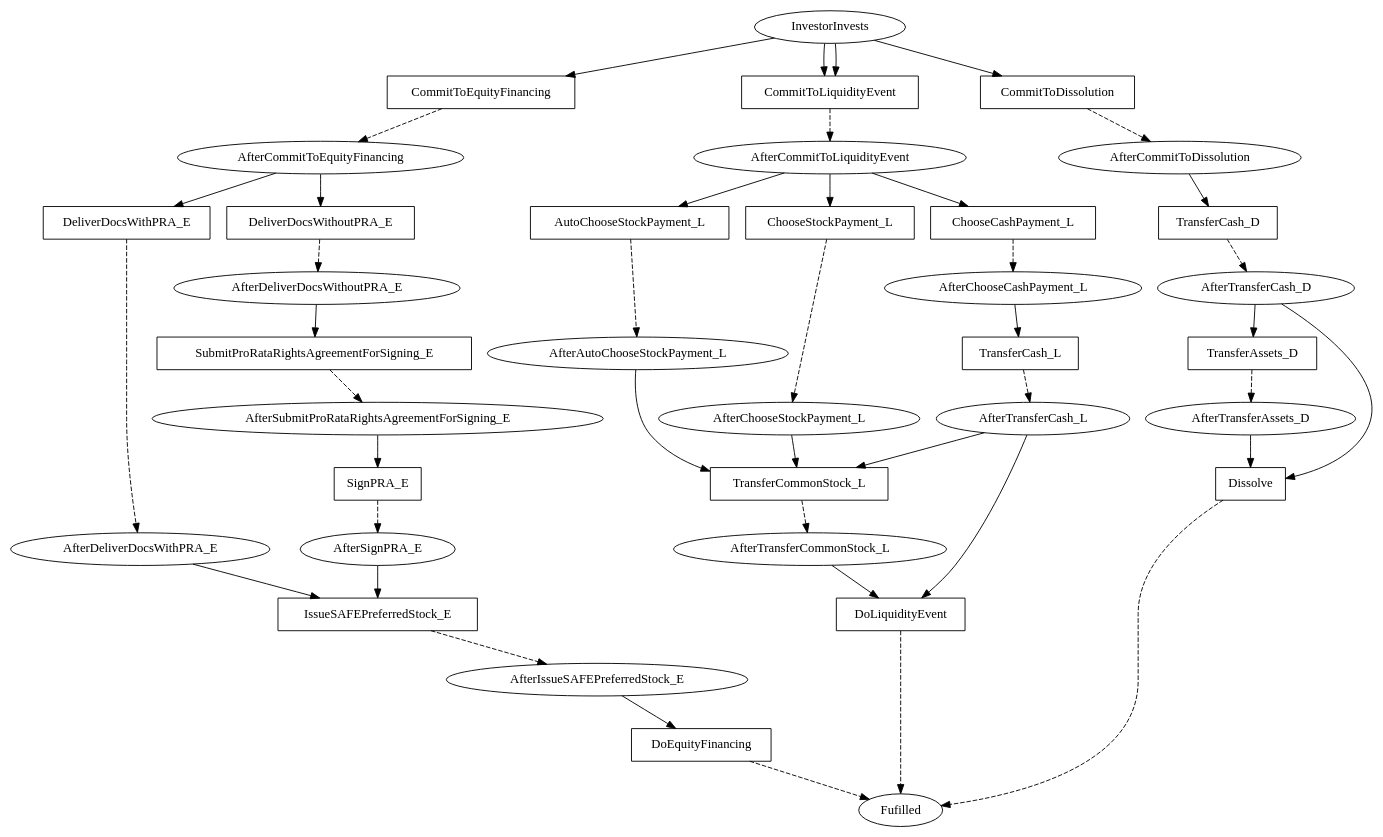
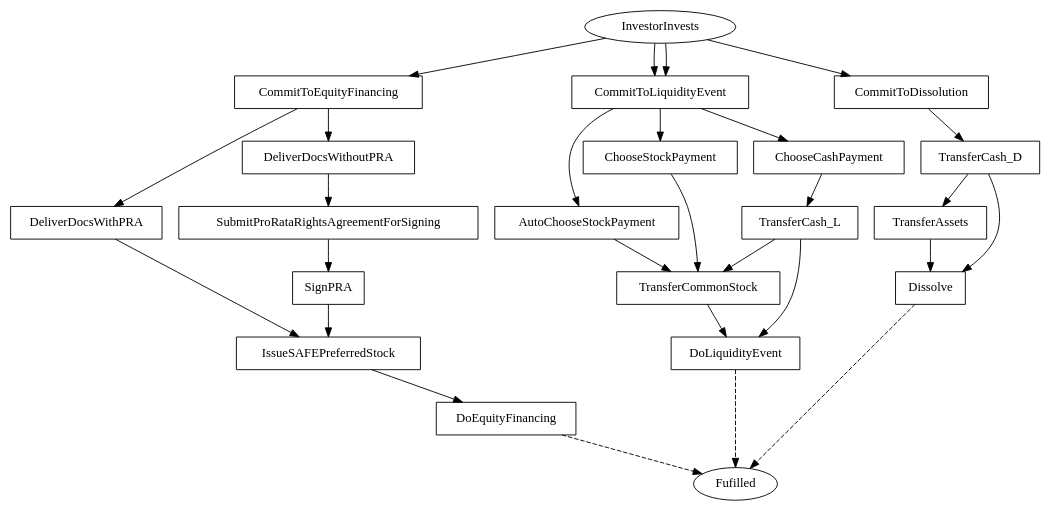
Before and after one commit to Marcao02/complaw-deeptech: the diagram in linear_state_machine_language/pyL4/examples_graphviz_gen/serious/SAFE.dot, drawn with Graphviz. The commit also changed 3 other files, not shown here.

```diff
--- a/linear_state_machine_language/pyL4/examples_graphviz_gen/serious/SAFE.dot
+++ b/linear_state_machine_language/pyL4/examples_graphviz_gen/serious/SAFE.dot
@@ -1,88 +1,58 @@
 // THIS IS A GENERATED FILE. DO NOT EDIT.
 
 digraph SAFE {    
     Fulfilled[label=Fufilled];
-    InvestorInvests[label=InvestorInvests];
-	AfterCommitToEquityFinancing[label=AfterCommitToEquityFinancing];
-	AfterDeliverDocsWithPRA_E[label=AfterDeliverDocsWithPRA_E];
-	AfterDeliverDocsWithoutPRA_E[label=AfterDeliverDocsWithoutPRA_E];
-	AfterSubmitProRataRightsAgreementForSigning_E[label=AfterSubmitProRataRightsAgreementForSigning_E];
-	AfterSignPRA_E[label=AfterSignPRA_E];
-	AfterIssueSAFEPreferredStock_E[label=AfterIssueSAFEPreferredStock_E];
-	AfterCommitToLiquidityEvent[label=AfterCommitToLiquidityEvent];
-	AfterAutoChooseStockPayment_L[label=AfterAutoChooseStockPayment_L];
-	AfterChooseStockPayment_L[label=AfterChooseStockPayment_L];
-	AfterTransferCommonStock_L[label=AfterTransferCommonStock_L];
-	AfterChooseCashPayment_L[label=AfterChooseCashPayment_L];
-	AfterTransferCash_L[label=AfterTransferCash_L];
-	AfterCommitToDissolution[label=AfterCommitToDissolution];
-	AfterTransferCash_D[label=AfterTransferCash_D];
-	AfterTransferAssets_D[label=AfterTransferAssets_D]
+    InvestorInvests[label=InvestorInvests]
     
      
     CommitToEquityFinancing[label=CommitToEquityFinancing,shape=box];
-	DeliverDocsWithPRA_E[label=DeliverDocsWithPRA_E,shape=box];
-	DeliverDocsWithoutPRA_E[label=DeliverDocsWithoutPRA_E,shape=box];
-	SubmitProRataRightsAgreementForSigning_E[label=SubmitProRataRightsAgreementForSigning_E,shape=box];
-	SignPRA_E[label=SignPRA_E,shape=box];
-	IssueSAFEPreferredStock_E[label=IssueSAFEPreferredStock_E,shape=box];
+	DeliverDocsWithPRA[label=DeliverDocsWithPRA,shape=box];
+	DeliverDocsWithoutPRA[label=DeliverDocsWithoutPRA,shape=box];
+	SubmitProRataRightsAgreementForSigning[label=SubmitProRataRightsAgreementForSigning,shape=box];
+	SignPRA[label=SignPRA,shape=box];
+	IssueSAFEPreferredStock[label=IssueSAFEPreferredStock,shape=box];
 	DoEquityFinancing[label=DoEquityFinancing,shape=box];
 	CommitToLiquidityEvent[label=CommitToLiquidityEvent,shape=box];
-	AutoChooseStockPayment_L[label=AutoChooseStockPayment_L,shape=box];
-	ChooseStockPayment_L[label=ChooseStockPayment_L,shape=box];
-	TransferCommonStock_L[label=TransferCommonStock_L,shape=box];
-	ChooseCashPayment_L[label=ChooseCashPayment_L,shape=box];
+	AutoChooseStockPayment[label=AutoChooseStockPayment,shape=box];
+	ChooseStockPayment[label=ChooseStockPayment,shape=box];
+	TransferCommonStock[label=TransferCommonStock,shape=box];
+	ChooseCashPayment[label=ChooseCashPayment,shape=box];
 	TransferCash_L[label=TransferCash_L,shape=box];
 	DoLiquidityEvent[label=DoLiquidityEvent,shape=box];
 	CommitToDissolution[label=CommitToDissolution,shape=box];
 	TransferCash_D[label=TransferCash_D,shape=box];
-	TransferAssets_D[label=TransferAssets_D,shape=box];
+	TransferAssets[label=TransferAssets,shape=box];
 	Dissolve[label=Dissolve,shape=box]    
     
     
     
     InvestorInvests -> CommitToEquityFinancing;
 	InvestorInvests -> CommitToLiquidityEvent;
 	InvestorInvests -> CommitToLiquidityEvent;
 	InvestorInvests -> CommitToDissolution;
-	AfterCommitToEquityFinancing -> DeliverDocsWithPRA_E;
-	AfterCommitToEquityFinancing -> DeliverDocsWithoutPRA_E;
-	AfterDeliverDocsWithPRA_E -> IssueSAFEPreferredStock_E;
-	AfterDeliverDocsWithoutPRA_E -> SubmitProRataRightsAgreementForSigning_E;
-	AfterSubmitProRataRightsAgreementForSigning_E -> SignPRA_E;
-	AfterSignPRA_E -> IssueSAFEPreferredStock_E;
-	AfterIssueSAFEPreferredStock_E -> DoEquityFinancing;
-	AfterCommitToLiquidityEvent -> ChooseCashPayment_L;
-	AfterCommitToLiquidityEvent -> ChooseStockPayment_L;
-	AfterCommitToLiquidityEvent -> AutoChooseStockPayment_L;
-	AfterAutoChooseStockPayment_L -> TransferCommonStock_L;
-	AfterChooseStockPayment_L -> TransferCommonStock_L;
-	AfterTransferCommonStock_L -> DoLiquidityEvent;
-	AfterChooseCashPayment_L -> TransferCash_L;
-	AfterTransferCash_L -> TransferCommonStock_L;
-	AfterTransferCash_L -> DoLiquidityEvent;
-	AfterCommitToDissolution -> TransferCash_D;
-	AfterTransferCash_D -> TransferAssets_D;
-	AfterTransferCash_D -> Dissolve;
-	AfterTransferAssets_D -> Dissolve
+	CommitToEquityFinancing -> DeliverDocsWithPRA;
+	CommitToEquityFinancing -> DeliverDocsWithoutPRA;
+	DeliverDocsWithPRA -> IssueSAFEPreferredStock;
+	DeliverDocsWithoutPRA -> SubmitProRataRightsAgreementForSigning;
+	SubmitProRataRightsAgreementForSigning -> SignPRA;
+	SignPRA -> IssueSAFEPreferredStock;
+	IssueSAFEPreferredStock -> DoEquityFinancing;
+	CommitToLiquidityEvent -> ChooseCashPayment;
+	CommitToLiquidityEvent -> ChooseStockPayment;
+	CommitToLiquidityEvent -> AutoChooseStockPayment;
+	AutoChooseStockPayment -> TransferCommonStock;
+	ChooseStockPayment -> TransferCommonStock;
+	TransferCommonStock -> DoLiquidityEvent;
+	ChooseCashPayment -> TransferCash_L;
+	TransferCash_L -> TransferCommonStock;
+	TransferCash_L -> DoLiquidityEvent;
+	CommitToDissolution -> TransferCash_D;
+	TransferCash_D -> TransferAssets;
+	TransferCash_D -> Dissolve;
+	TransferAssets -> Dissolve
     
-    CommitToEquityFinancing -> AfterCommitToEquityFinancing [style=dashed];
-	DeliverDocsWithPRA_E -> AfterDeliverDocsWithPRA_E [style=dashed];
-	DeliverDocsWithoutPRA_E -> AfterDeliverDocsWithoutPRA_E [style=dashed];
-	SubmitProRataRightsAgreementForSigning_E -> AfterSubmitProRataRightsAgreementForSigning_E [style=dashed];
-	SignPRA_E -> AfterSignPRA_E [style=dashed];
-	IssueSAFEPreferredStock_E -> AfterIssueSAFEPreferredStock_E [style=dashed];
-	DoEquityFinancing -> Fulfilled [style=dashed];
-	CommitToLiquidityEvent -> AfterCommitToLiquidityEvent [style=dashed];
-	AutoChooseStockPayment_L -> AfterAutoChooseStockPayment_L [style=dashed];
-	ChooseStockPayment_L -> AfterChooseStockPayment_L [style=dashed];
-	TransferCommonStock_L -> AfterTransferCommonStock_L [style=dashed];
-	ChooseCashPayment_L -> AfterChooseCashPayment_L [style=dashed];
-	TransferCash_L -> AfterTransferCash_L [style=dashed];
+    DoEquityFinancing -> Fulfilled [style=dashed];
 	DoLiquidityEvent -> Fulfilled [style=dashed];
-	CommitToDissolution -> AfterCommitToDissolution [style=dashed];
-	TransferCash_D -> AfterTransferCash_D [style=dashed];
-	TransferAssets_D -> AfterTransferAssets_D [style=dashed];
 	Dissolve -> Fulfilled [style=dashed];
 	        
 }
```
